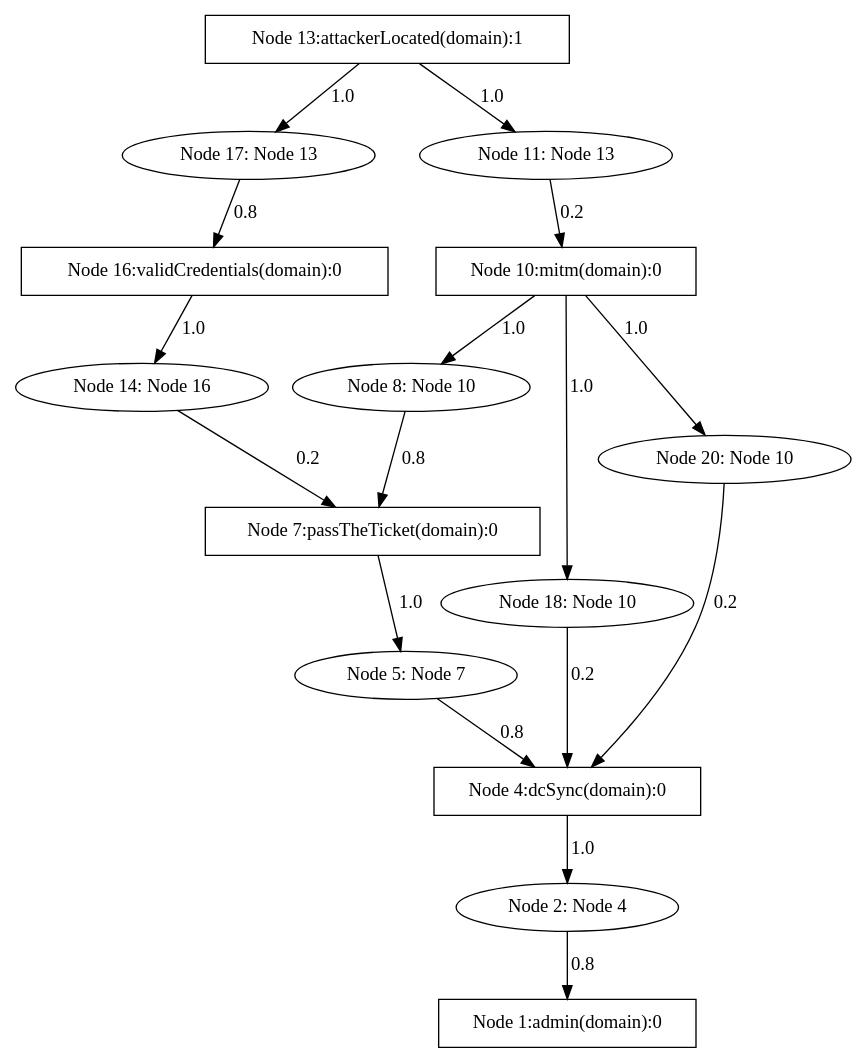
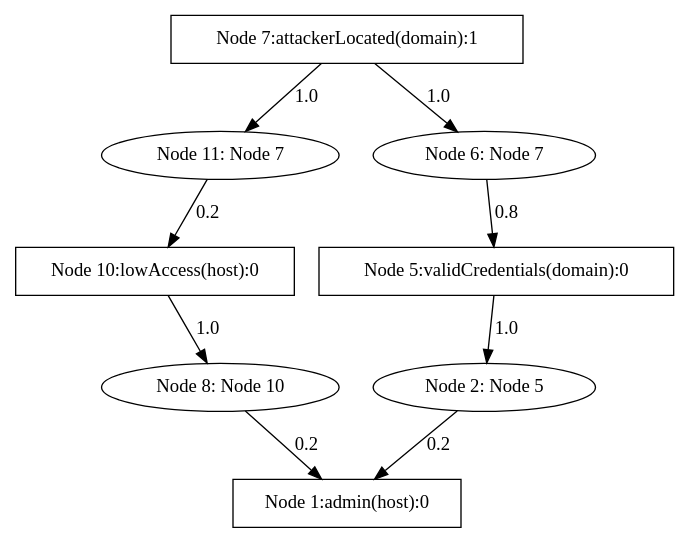
Before and after one commit to NathanaeldeLaChesnais/attacker_profiling_for_BAG_with_honeypots: the diagram in Personnal_simulations/output_selection/attack_paths/BAG-to-1.dot, drawn with Graphviz. The commit also changed 23 other files, not shown here.

```diff
--- a/Personnal_simulations/output_selection/attack_paths/BAG-to-1.dot
+++ b/Personnal_simulations/output_selection/attack_paths/BAG-to-1.dot
@@ -1,32 +1,18 @@
 strict digraph G {
-  1 [ label="Node 20: Node 10" shape="ellipse" nodeType="AND" probArray="1.0" ];
-  2 [ label="Node 18: Node 10" shape="ellipse" nodeType="AND" probArray="1.0" ];
-  3 [ label="Node 17: Node 13" shape="ellipse" nodeType="AND" probArray="1.0" ];
-  4 [ label="Node 16:validCredentials(domain):0" shape="box" nodeType="OR" probArray="0.8" ];
-  5 [ label="Node 14: Node 16" shape="ellipse" nodeType="AND" probArray="1.0" ];
-  6 [ label="Node 13:attackerLocated(domain):1" shape="box" nodeType="AND" probArray="1.0" ];
-  7 [ label="Node 11: Node 13" shape="ellipse" nodeType="AND" probArray="1.0" ];
-  8 [ label="Node 10:mitm(domain):0" shape="box" nodeType="OR" probArray="0.2" ];
-  9 [ label="Node 8: Node 10" shape="ellipse" nodeType="AND" probArray="1.0" ];
-  10 [ label="Node 7:passTheTicket(domain):0" shape="box" nodeType="OR" probArray="0.8 0.2" ];
-  11 [ label="Node 5: Node 7" shape="ellipse" nodeType="AND" probArray="1.0" ];
-  12 [ label="Node 4:dcSync(domain):0" shape="box" nodeType="OR" probArray="0.8 0.2 0.2" ];
-  13 [ label="Node 2: Node 4" shape="ellipse" nodeType="AND" probArray="1.0" ];
-  14 [ label="Node 1:admin(domain):0" shape="box" nodeType="OR" probArray="0.8" ];
-  13 -> 14 [ label="0.8" color="black" ];
-  12 -> 13 [ label="1.0" color="black" ];
-  11 -> 12 [ label="0.8" color="black" ];
-  10 -> 11 [ label="1.0" color="black" ];
-  9 -> 10 [ label="0.8" color="black" ];
-  8 -> 9 [ label="1.0" color="black" ];
-  8 -> 2 [ label="1.0" color="black" ];
-  8 -> 1 [ label="1.0" color="black" ];
+  1 [ label="Node 11: Node 7" shape="ellipse" nodeType="AND" probArray="1.0" ];
+  2 [ label="Node 10:lowAccess(host):0" shape="box" nodeType="OR" probArray="0.2" ];
+  3 [ label="Node 8: Node 10" shape="ellipse" nodeType="AND" probArray="1.0" ];
+  4 [ label="Node 7:attackerLocated(domain):1" shape="box" nodeType="AND" probArray="1.0" ];
+  5 [ label="Node 6: Node 7" shape="ellipse" nodeType="AND" probArray="1.0" ];
+  6 [ label="Node 5:validCredentials(domain):0" shape="box" nodeType="OR" probArray="0.8" ];
+  7 [ label="Node 2: Node 5" shape="ellipse" nodeType="AND" probArray="1.0" ];
+  8 [ label="Node 1:admin(host):0" shape="box" nodeType="OR" probArray="0.2 0.2" ];
   7 -> 8 [ label="0.2" color="black" ];
   6 -> 7 [ label="1.0" color="black" ];
-  6 -> 3 [ label="1.0" color="black" ];
-  5 -> 10 [ label="0.2" color="black" ];
+  5 -> 6 [ label="0.8" color="black" ];
   4 -> 5 [ label="1.0" color="black" ];
-  3 -> 4 [ label="0.8" color="black" ];
-  2 -> 12 [ label="0.2" color="black" ];
-  1 -> 12 [ label="0.2" color="black" ];
+  4 -> 1 [ label="1.0" color="black" ];
+  3 -> 8 [ label="0.2" color="black" ];
+  2 -> 3 [ label="1.0" color="black" ];
+  1 -> 2 [ label="0.2" color="black" ];
 }
```
